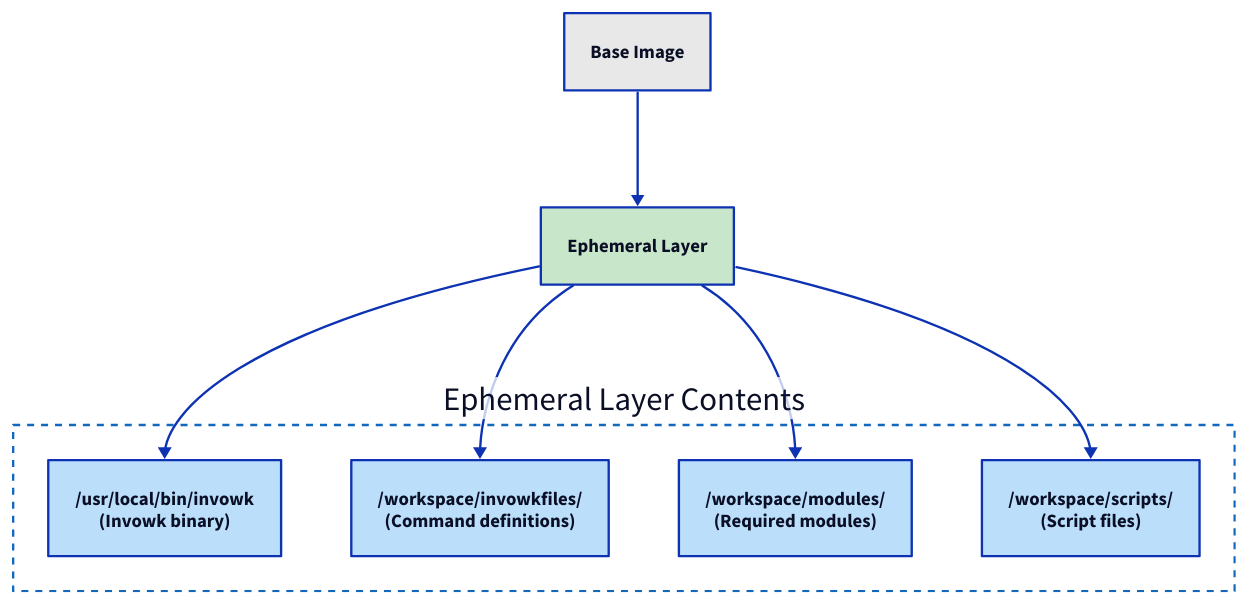
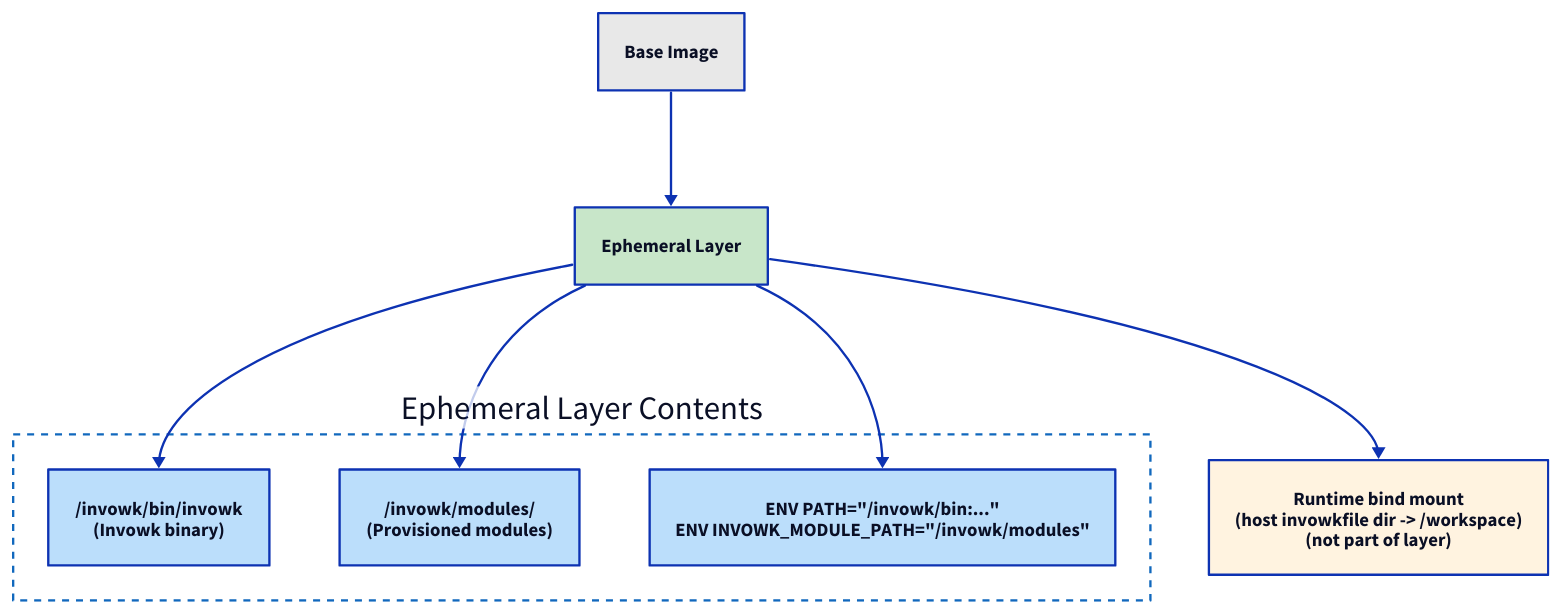
Before and after one commit to invowk/invowk: the diagram in docs/diagrams/flowcharts/runtime-provision.d2, drawn with D2. The commit also changed 23 other files, not shown here. The source asks for the TALA layout; these drawings use dagre instead.

First line of the commit message:
fix(diagrams): correct 5 D2 diagrams for accuracy against codebase

```diff
--- a/docs/diagrams/flowcharts/runtime-provision.d2
+++ b/docs/diagrams/flowcharts/runtime-provision.d2
@@ -1,60 +1,60 @@
 # Ephemeral Layer Contents Flowchart
 #
 # Shows what Invowk adds to the base container image
 # when provisioning for container runtime execution.
 #
 # Source: docs/architecture/flowchart-runtime-selection.md
 
 vars: {
   d2-config: {
     layout-engine: tala
   }
 }
 
 direction: down
 
 # ==============================================================================
 # Ephemeral Layer Contents
 # ==============================================================================
 
 layer_contents: Ephemeral Layer Contents {
   style: {
     stroke: "#1168BD"
     stroke-dash: 3
     fill: transparent
   }
 
-  Binary: /usr/local/bin/invowk\n(Invowk binary) {
+  Binary: /invowk/bin/invowk\n(Invowk binary) {
     style.fill: "#BBDEFB"
   }
 
-  Invowkfiles: /workspace/invowkfiles/\n(Command definitions) {
+  Modules: /invowk/modules/\n(Provisioned modules) {
     style.fill: "#BBDEFB"
   }
 
-  Modules: /workspace/modules/\n(Required modules) {
-    style.fill: "#BBDEFB"
-  }
-
-  Scripts: /workspace/scripts/\n(Script files) {
+  EnvVars: ENV PATH="/invowk/bin:..."\nENV INVOWK_MODULE_PATH="/invowk/modules" {
     style.fill: "#BBDEFB"
   }
 }
 
 # ==============================================================================
 # Build Flow
 # ==============================================================================
 
 Base: Base Image {
   style.fill: "#E8E8E8"
 }
 
 Layer: Ephemeral Layer {
   style.fill: "#C8E6C9"
 }
 
+RuntimeMount: Runtime bind mount\n(host invowkfile dir -> /workspace)\n(not part of layer) {
+  style.fill: "#FFF3E0"
+}
+
 Base -> Layer
 Layer -> layer_contents.Binary
-Layer -> layer_contents.Invowkfiles
 Layer -> layer_contents.Modules
-Layer -> layer_contents.Scripts
+Layer -> layer_contents.EnvVars
+Layer -> RuntimeMount
```
